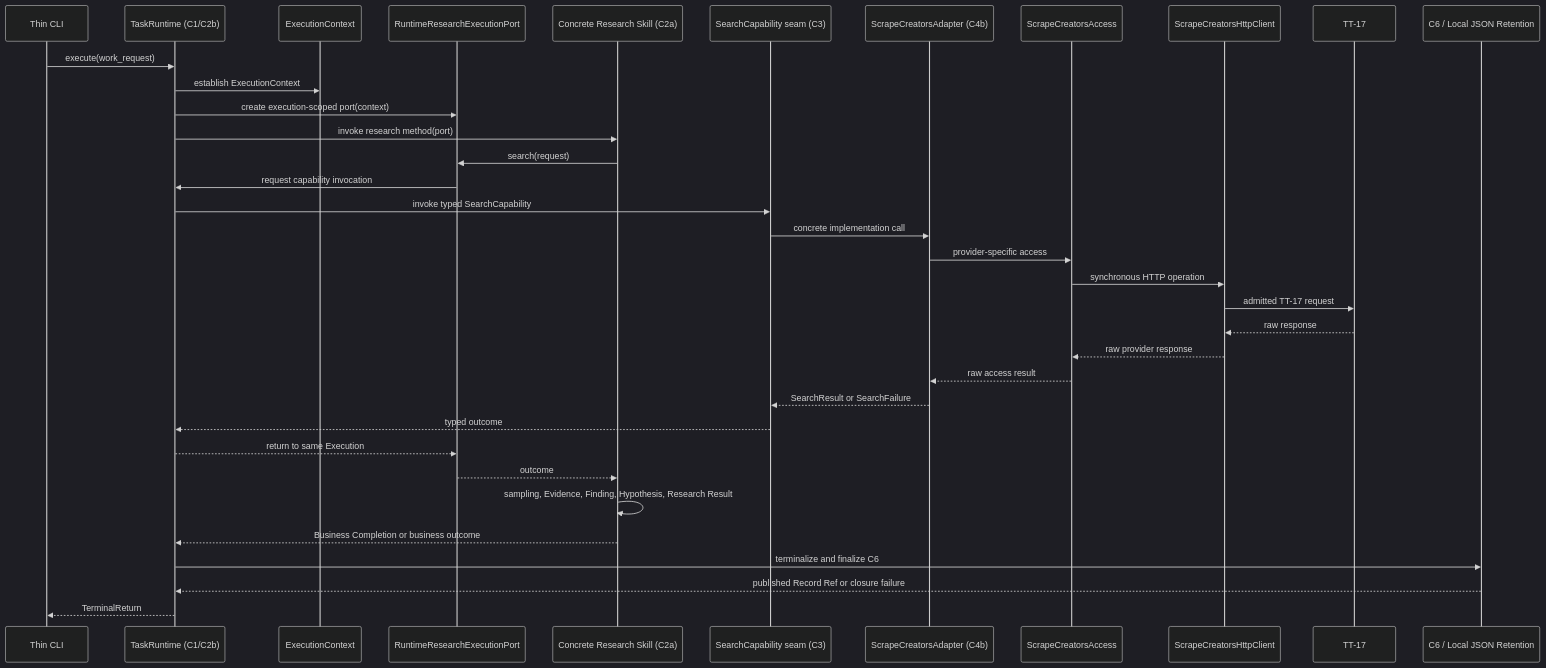
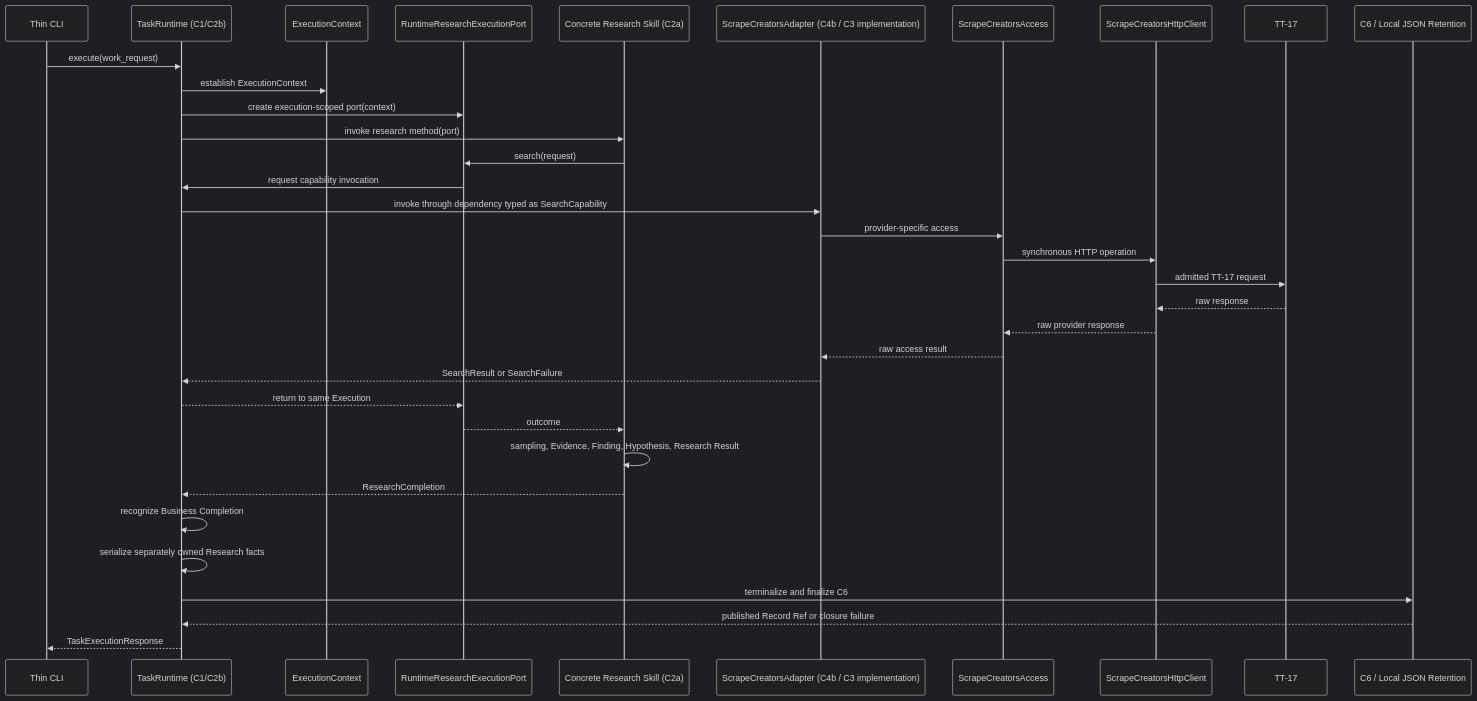
Before and after one commit to SONG-36/ecommerce-ai-os: the first of 2 diagrams in docs/03_software/vertical_slices/01_research_execution/06_MINIMAL_SOFTWARE_ARCHITECTURE_ASSEMBLY.md, drawn with Mermaid (dark theme). The commit also changed other lines of this file and 2 other files, not shown here.

Commit message:
docs: complete first-slice software architecture review

````diff
--- a/docs/03_software/vertical_slices/01_research_execution/06_MINIMAL_SOFTWARE_ARCHITECTURE_ASSEMBLY.md
+++ b/docs/03_software/vertical_slices/01_research_execution/06_MINIMAL_SOFTWARE_ARCHITECTURE_ASSEMBLY.md
@@ -290,38 +318,37 @@
 ```mermaid
 sequenceDiagram
     participant CLI as Thin CLI
     participant RT as TaskRuntime (C1/C2b)
     participant CTX as ExecutionContext
     participant PORT as RuntimeResearchExecutionPort
     participant SKILL as Concrete Research Skill (C2a)
-    participant SEARCH as SearchCapability seam (C3)
-    participant ADAPTER as ScrapeCreatorsAdapter (C4b)
+    participant ADAPTER as ScrapeCreatorsAdapter (C4b / C3 implementation)
     participant ACCESS as ScrapeCreatorsAccess
     participant HTTP as ScrapeCreatorsHttpClient
     participant TT17 as TT-17
     participant C6 as C6 / Local JSON Retention
 
     CLI->>RT: execute(work_request)
     RT->>CTX: establish ExecutionContext
     RT->>PORT: create execution-scoped port(context)
     RT->>SKILL: invoke research method(port)
     SKILL->>PORT: search(request)
     PORT->>RT: request capability invocation
-    RT->>SEARCH: invoke typed SearchCapability
-    SEARCH->>ADAPTER: concrete implementation call
+    RT->>ADAPTER: invoke through dependency typed as SearchCapability
     ADAPTER->>ACCESS: provider-specific access
     ACCESS->>HTTP: synchronous HTTP operation
     HTTP->>TT17: admitted TT-17 request
     TT17-->>HTTP: raw response
     HTTP-->>ACCESS: raw provider response
     ACCESS-->>ADAPTER: raw access result
-    ADAPTER-->>SEARCH: SearchResult or SearchFailure
-    SEARCH-->>RT: typed outcome
+    ADAPTER-->>RT: SearchResult or SearchFailure
     RT-->>PORT: return to same Execution
     PORT-->>SKILL: outcome
     SKILL->>SKILL: sampling, Evidence, Finding, Hypothesis, Research Result
-    SKILL-->>RT: Business Completion or business outcome
+    SKILL-->>RT: ResearchCompletion
+    RT->>RT: recognize Business Completion
+    RT->>RT: serialize separately owned Research facts
     RT->>C6: terminalize and finalize C6
     C6-->>RT: published Record Ref or closure failure
-    RT-->>CLI: TerminalReturn
+    RT-->>CLI: TaskExecutionResponse
 ```
````
